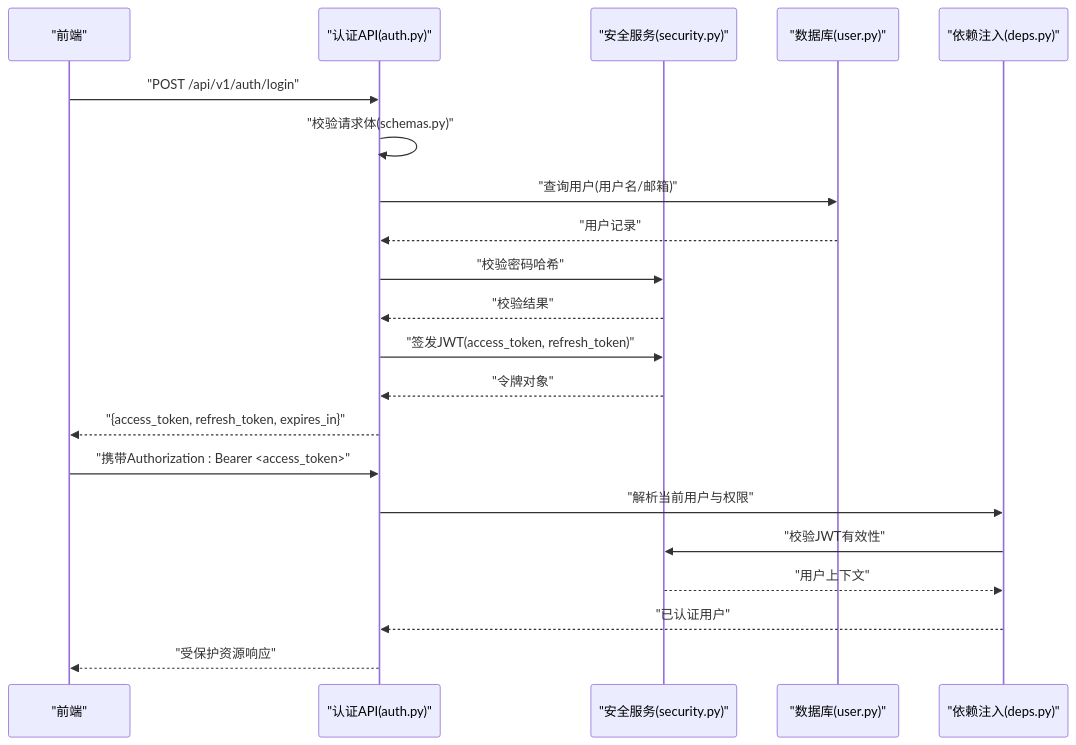
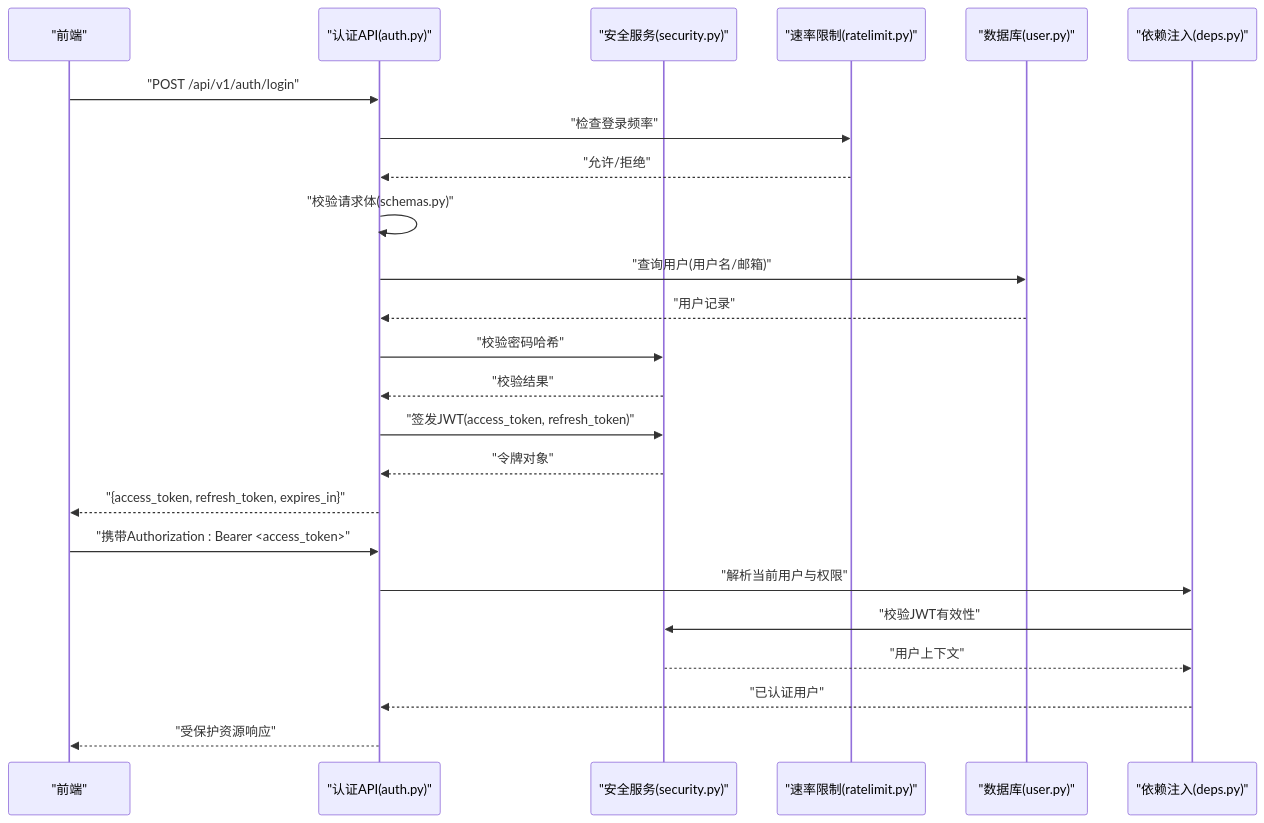
One commit to vu1Art1st/talos changed the second of 8 diagrams in .qoder/repowiki/zh/content/后端API文档/认证授权API.md. Above: the diagram before and after it, drawn with Mermaid. The commit also changed other lines of this file and 132 other files, not shown here.

````diff
--- a/.qoder/repowiki/zh/content/后端API文档/认证授权API.md
+++ b/.qoder/repowiki/zh/content/后端API文档/认证授权API.md
@@ -84,23 +99,26 @@
 ```mermaid
 sequenceDiagram
 participant FE as "前端"
 participant API as "认证API(auth.py)"
 participant SEC as "安全服务(security.py)"
+participant RATE as "速率限制(ratelimit.py)"
 participant DB as "数据库(user.py)"
 participant DEP as "依赖注入(deps.py)"
 FE->>API : "POST /api/v1/auth/login"
+API->>RATE : "检查登录频率"
+RATE-->>API : "允许/拒绝"
 API->>API : "校验请求体(schemas.py)"
 API->>DB : "查询用户(用户名/邮箱)"
 DB-->>API : "用户记录"
 API->>SEC : "校验密码哈希"
 SEC-->>API : "校验结果"
 API->>SEC : "签发JWT(access_token, refresh_token)"
 SEC-->>API : "令牌对象"
 API-->>FE : "{access_token, refresh_token, expires_in}"
 FE->>API : "携带Authorization : Bearer <access_token>"
 API->>DEP : "解析当前用户与权限"
 DEP->>SEC : "校验JWT有效性"
 SEC-->>DEP : "用户上下文"
 DEP-->>API : "已认证用户"
 API-->>FE : "受保护资源响应"
 ```
````
